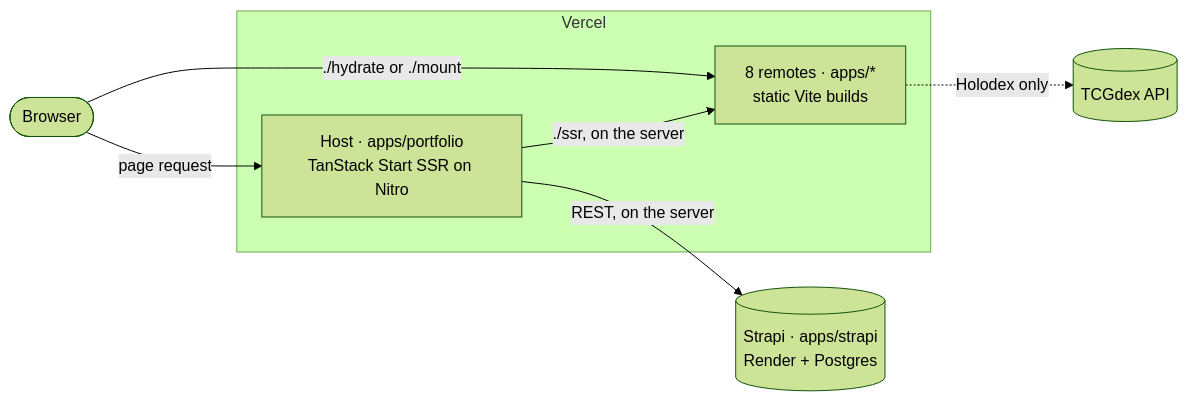
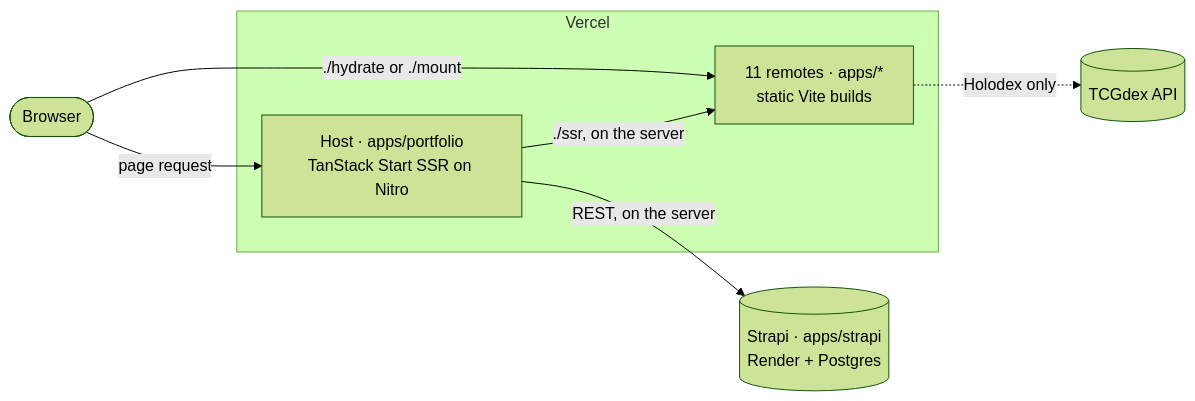
One commit to annminn104/ncam.dev changed the diagram in README.md. Above: the diagram before and after it, drawn with Mermaid (forest theme). The commit also changed other lines of this file and 15 other files, not shown here.

````diff
--- a/README.md
+++ b/README.md
@@ -106,16 +113,16 @@
 ```mermaid
 flowchart LR
   browser([Browser])
   subgraph vercel [Vercel]
     host["Host · apps/portfolio<br/>TanStack Start SSR on Nitro"]
-    remotes["8 remotes · apps/*<br/>static Vite builds"]
+    remotes["11 remotes · apps/*<br/>static Vite builds"]
   end
   cms[("Strapi · apps/strapi<br/>Render + Postgres")]
   tcgdex[("TCGdex API")]
 
   browser -->|"page request"| host
   host -->|"./ssr, on the server"| remotes
   browser -->|"./hydrate or ./mount"| remotes
   host -->|"REST, on the server"| cms
   remotes -.->|"Holodex only"| tcgdex
 ```
````
